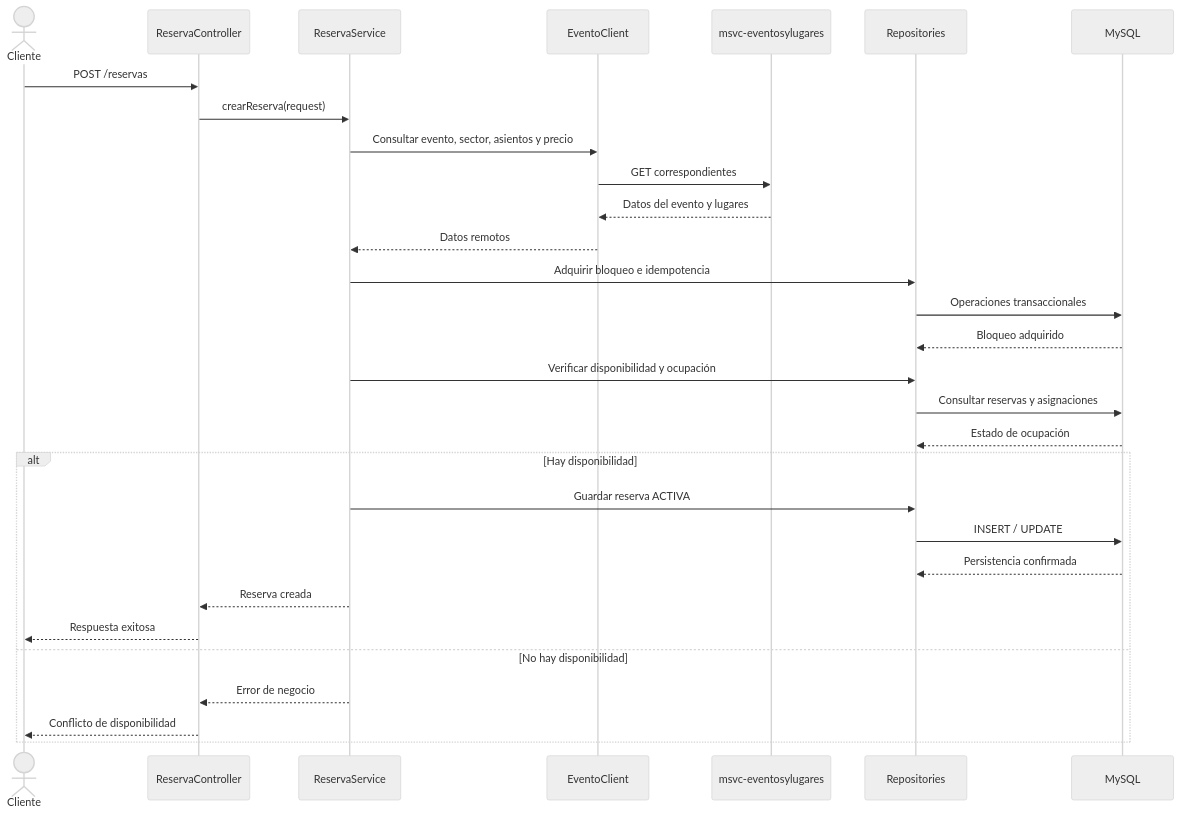
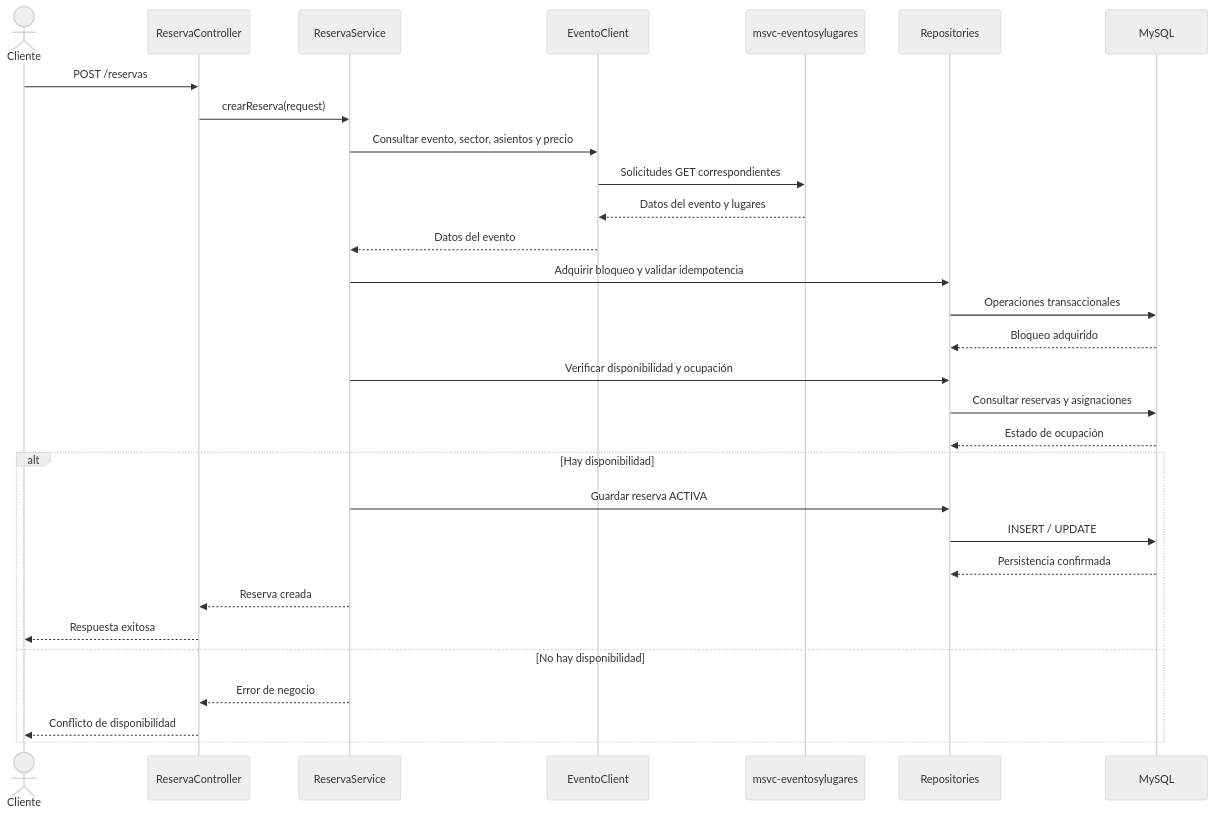
One commit to LuliDiNucci/arquitecturasGrupo12 changed the second of 6 diagrams in TPE-micro1/msvc-reservas/docs/02-ARQUITECTURA-Y-DIAGRAMAS-RESERVAS.md. Above: the diagram before and after it, drawn with Mermaid (neutral theme). The commit also changed other lines of this file and 41 other files, not shown here.

````diff
--- a/TPE-micro1/msvc-reservas/docs/02-ARQUITECTURA-Y-DIAGRAMAS-RESERVAS.md
+++ b/TPE-micro1/msvc-reservas/docs/02-ARQUITECTURA-Y-DIAGRAMAS-RESERVAS.md
@@ -119,36 +133,36 @@
 ```mermaid
 sequenceDiagram
     actor Cliente
     participant RC as ReservaController
     participant RS as ReservaService
     participant EC as EventoClient
     participant Eventos as msvc-eventosylugares
     participant Repo as Repositories
     participant DB as MySQL
 
     Cliente->>RC: POST /reservas
     RC->>RS: crearReserva(request)
     RS->>EC: Consultar evento, sector, asientos y precio
-    EC->>Eventos: GET correspondientes
+    EC->>Eventos: Solicitudes GET correspondientes
     Eventos-->>EC: Datos del evento y lugares
-    EC-->>RS: Datos remotos
+    EC-->>RS: Datos del evento
 
-    RS->>Repo: Adquirir bloqueo e idempotencia
+    RS->>Repo: Adquirir bloqueo y validar idempotencia
     Repo->>DB: Operaciones transaccionales
     DB-->>Repo: Bloqueo adquirido
 
     RS->>Repo: Verificar disponibilidad y ocupación
     Repo->>DB: Consultar reservas y asignaciones
     DB-->>Repo: Estado de ocupación
 
     alt Hay disponibilidad
         RS->>Repo: Guardar reserva ACTIVA
         Repo->>DB: INSERT / UPDATE
         DB-->>Repo: Persistencia confirmada
         RS-->>RC: Reserva creada
         RC-->>Cliente: Respuesta exitosa
     else No hay disponibilidad
         RS-->>RC: Error de negocio
         RC-->>Cliente: Conflicto de disponibilidad
     end
 ```
````
